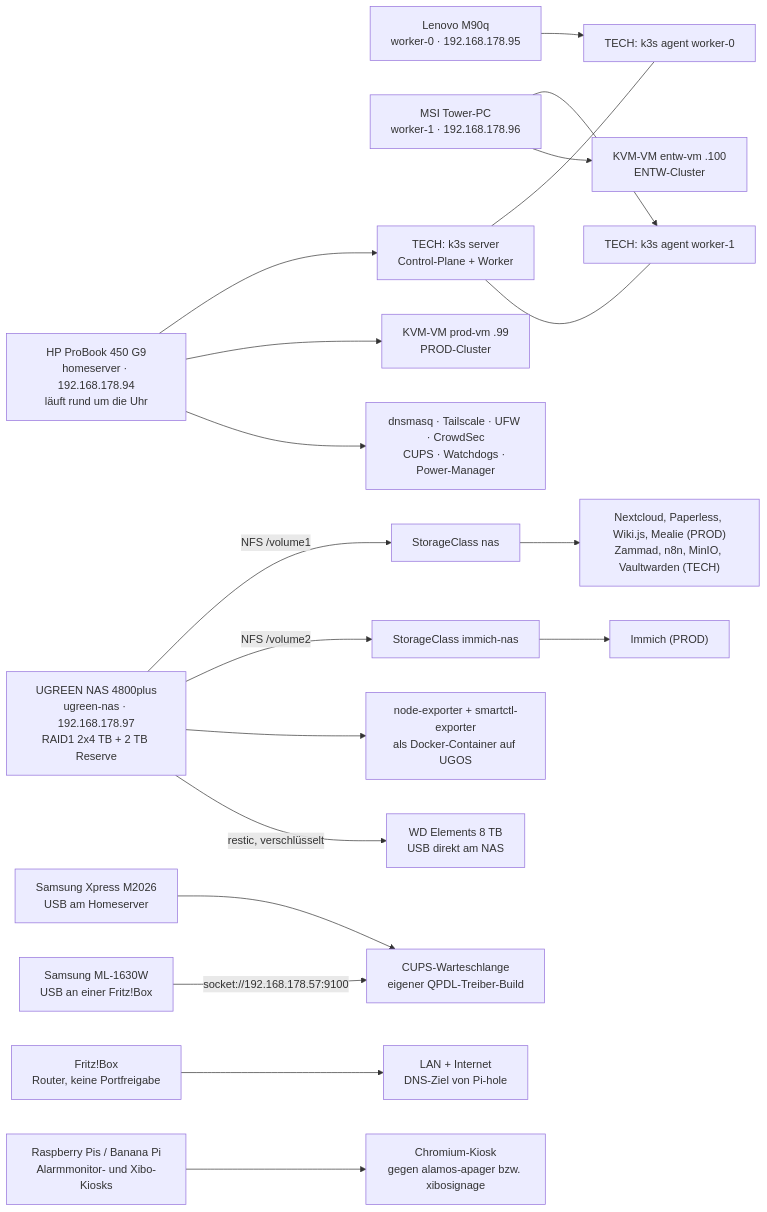
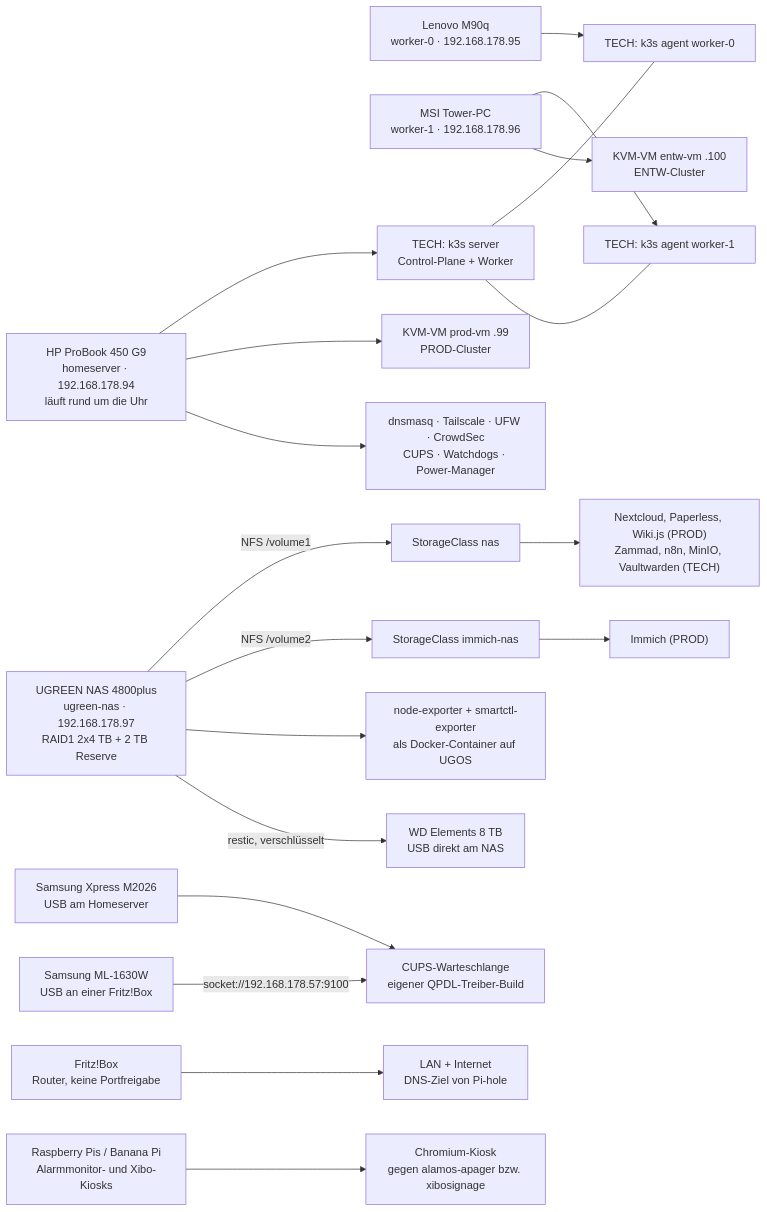
The third of 6 diagrams in docs/a-betriebssystem/a0010-overview.md (pkr-lab/capulus-core), drawn with Mermaid before and after one commit. The commit also changed other lines of this file and 128 other files, not shown here.

````diff
--- a/docs/a-betriebssystem/a0010-overview.md
+++ b/docs/a-betriebssystem/a0010-overview.md
@@ -170,32 +169,32 @@
 ```mermaid
 flowchart LR
     HP["HP ProBook 450 G9<br/>homeserver · 192.168.178.94<br/>läuft rund um die Uhr"]
     LEN["Lenovo M90q<br/>worker-0 · 192.168.178.95"]
     MSI["MSI Tower-PC<br/>worker-1 · 192.168.178.96"]
     NAS["UGREEN NAS 4800plus<br/>ugreen-nas · 192.168.178.97<br/>RAID1 2x4 TB + 2 TB Reserve"]
     WD["WD Elements 8 TB<br/>USB direkt am NAS"]
     PR1["Samsung Xpress M2026<br/>USB am Homeserver"]
     PR2["Samsung ML-1630W<br/>USB an einer Fritz!Box"]
     FB["Fritz!Box<br/>Router, keine Portfreigabe"]
     PI["Raspberry Pis / Banana Pi<br/>Alarmmonitor- und Xibo-Kiosks"]
 
     HP --> CP["TECH: k3s server<br/>Control-Plane + Worker"]
     HP --> PVM["KVM-VM prod-vm .99<br/>PROD-Cluster"]
     HP --> HOST["dnsmasq · Tailscale · UFW · CrowdSec<br/>CUPS · Watchdogs · Power-Manager"]
     LEN --> AG0["TECH: k3s agent worker-0"]
     MSI --> AG1["TECH: k3s agent worker-1"]
     MSI --> EVM["KVM-VM entw-vm .100<br/>ENTW-Cluster"]
     NAS -->|"NFS /volume1"| SC1["StorageClass nas"]
     NAS -->|"NFS /volume2"| SC2["StorageClass immich-nas"]
     NAS --> EXP["node-exporter + smartctl-exporter<br/>als Docker-Container auf UGOS"]
     NAS -->|"restic, verschlüsselt"| WD
     PR1 --> CUPS["CUPS-Warteschlange<br/>eigener QPDL-Treiber-Build"]
     PR2 -->|"socket://192.168.178.57:9100"| CUPS
     FB --> LAN["LAN + Internet<br/>DNS-Ziel von Pi-hole"]
     PI --> KIOSK["Chromium-Kiosk<br/>gegen alamos-apager bzw. xibosignage"]
 
     CP --- AG0
     CP --- AG1
-    SC1 --> APPS["Nextcloud, Paperless, Wiki.js, Mealie (PROD)<br/>Zammad, n8n, MinIO, Vaultwarden (TECH)"]
+    SC1 --> APPS["Nextcloud, Paperless, Wiki.js (PROD)<br/>Zammad, n8n, MinIO, Vaultwarden (TECH)"]
     SC2 --> IMM["Immich (PROD)"]
 ```
````
